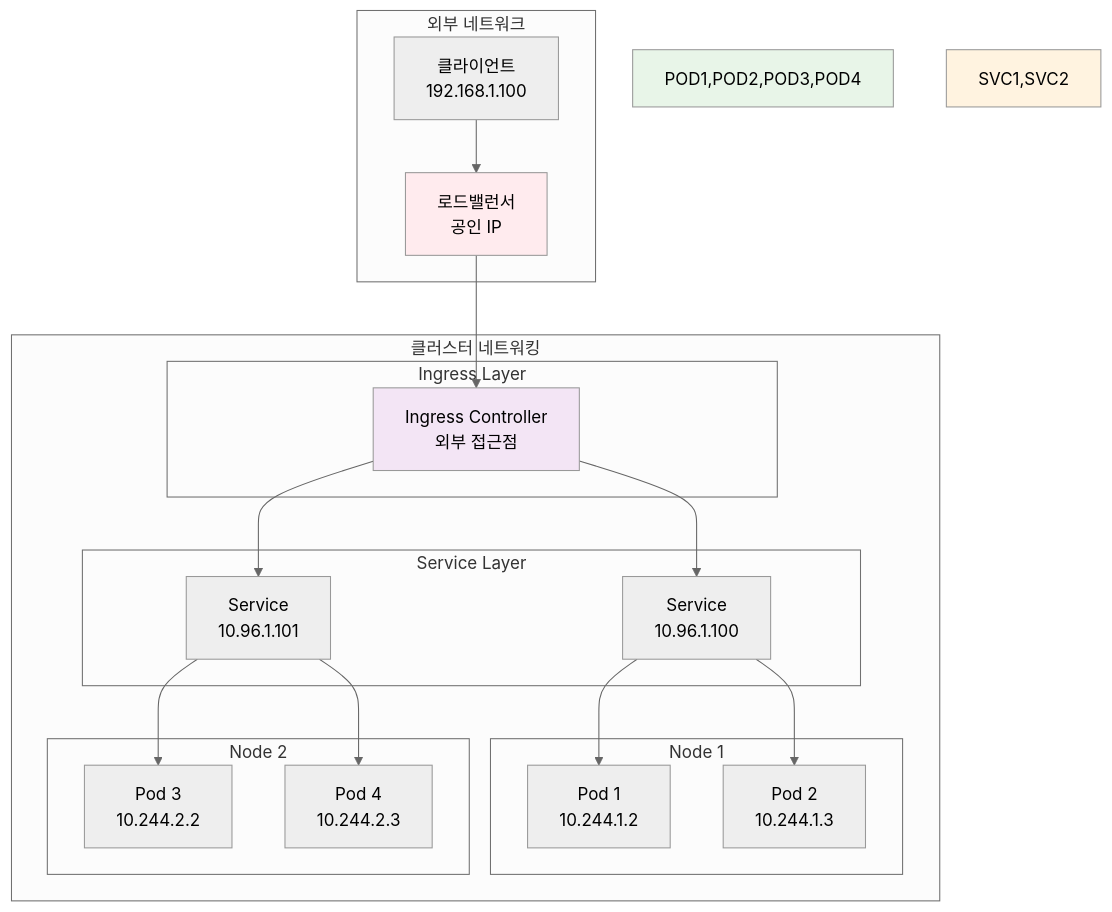
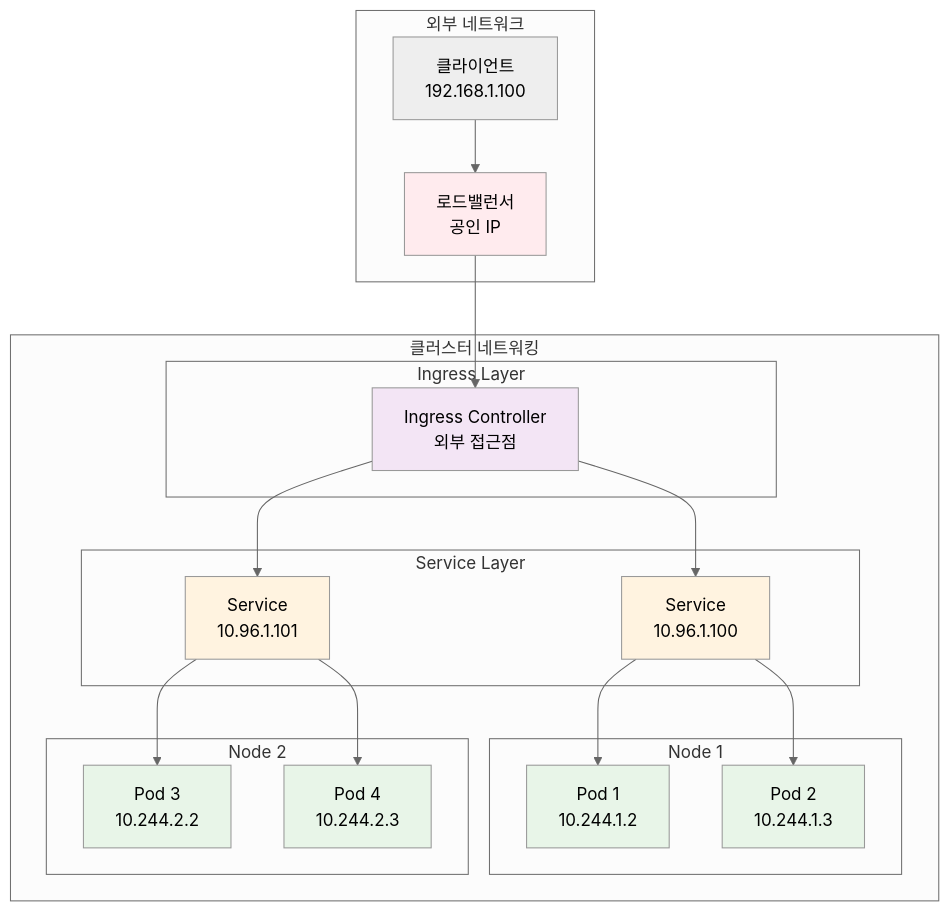
The fourth of 5 diagrams in theory/week_02/day4/session_2.md (niceguy61/kdt_devops_lecture_2025), drawn with Mermaid (neutral theme) before and after one commit. The commit also changed other lines of this file and 63 other files, not shown here.

````diff
--- a/theory/week_02/day4/session_2.md
+++ b/theory/week_02/day4/session_2.md
@@ -286,42 +291,46 @@
 ```mermaid
 graph TB
     subgraph "클러스터 네트워킹"
         subgraph "Node 1"
             POD1[Pod 1<br/>10.244.1.2]
             POD2[Pod 2<br/>10.244.1.3]
         end
         
         subgraph "Node 2"
             POD3[Pod 3<br/>10.244.2.2]
             POD4[Pod 4<br/>10.244.2.3]
         end
         
         subgraph "Service Layer"
             SVC1[Service<br/>10.96.1.100]
             SVC2[Service<br/>10.96.1.101]
         end
         
         subgraph "Ingress Layer"
             ING[Ingress Controller<br/>외부 접근점]
         end
     end
     
     subgraph "외부 네트워크"
         CLIENT[클라이언트<br/>192.168.1.100]
         LB[로드밸런서<br/>공인 IP]
     end
     
     CLIENT --> LB
     LB --> ING
     ING --> SVC1
     ING --> SVC2
     SVC1 --> POD1
     SVC1 --> POD2
     SVC2 --> POD3
     SVC2 --> POD4
     
-    style POD1,POD2,POD3,POD4 fill:#e8f5e8
-    style SVC1,SVC2 fill:#fff3e0
+    style POD1 fill:#e8f5e8
+    style POD2 fill:#e8f5e8
+    style POD3 fill:#e8f5e8
+    style POD4 fill:#e8f5e8
+    style SVC1 fill:#fff3e0
+    style SVC2 fill:#fff3e0
     style ING fill:#f3e5f5
     style LB fill:#ffebee
 ```
````
